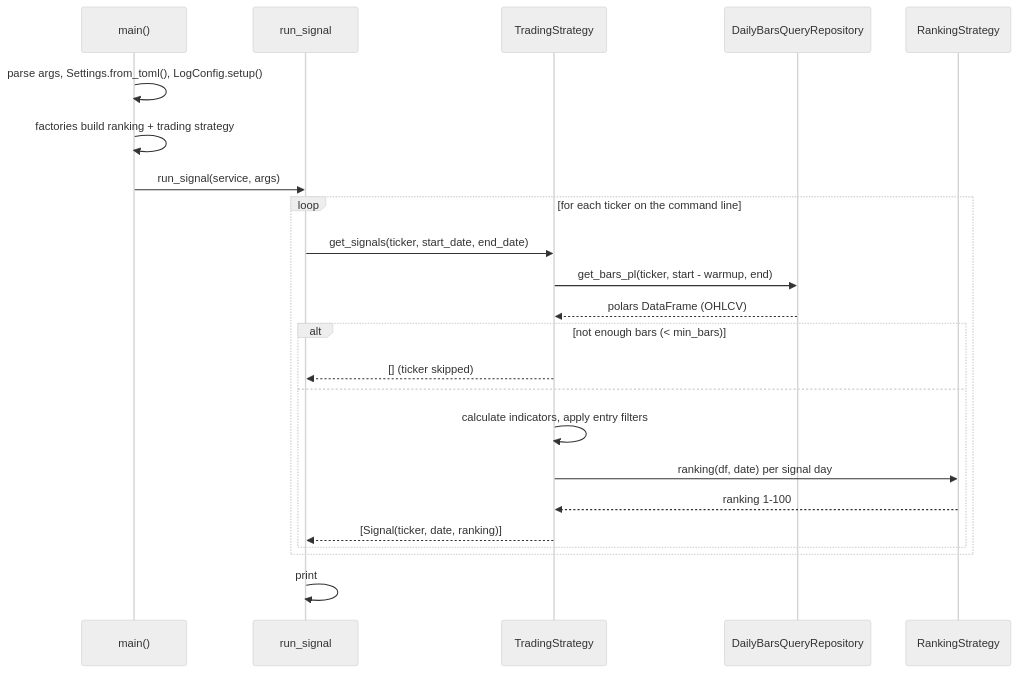
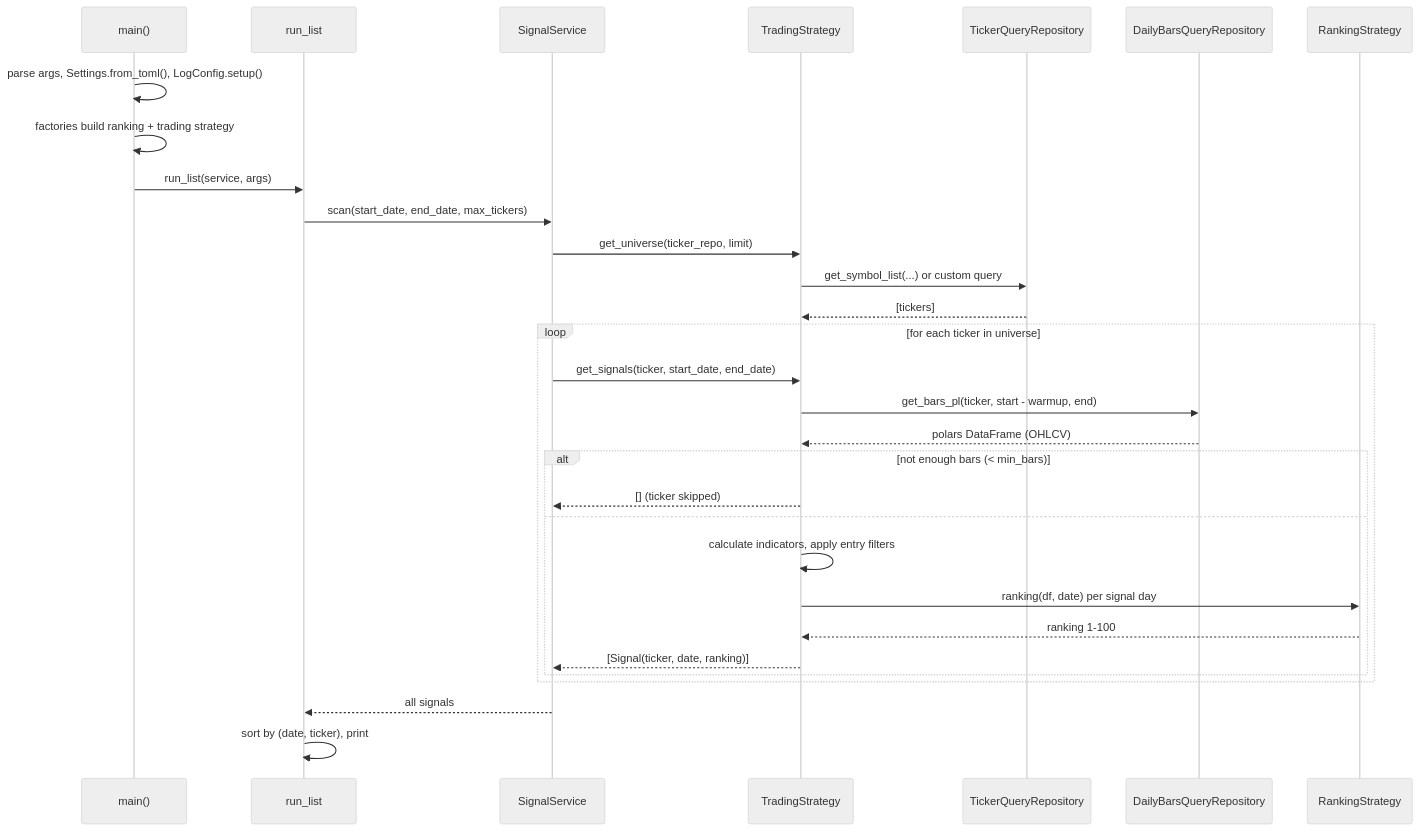
The second of 2 diagrams in docs/signal_runner.md (jaaknt/turtle-backtest), drawn with Mermaid (neutral theme) before and after one commit. The commit also changed other lines of this file and 7 other files, not shown here.

First line of the commit message:
Restore signal-runner's universe-scanning list mode, replacing signal mode

````diff
--- a/docs/signal_runner.md
+++ b/docs/signal_runner.md
@@ -47,26 +45,33 @@
 ```mermaid
 sequenceDiagram
     participant M as main()
-    participant H as run_signal
+    participant H as run_list
+    participant S as SignalService
     participant T as TradingStrategy
+    participant TR as TickerQueryRepository
     participant BR as DailyBarsQueryRepository
     participant R as RankingStrategy
 
     M->>M: parse args, Settings.from_toml(), LogConfig.setup()
     M->>M: factories build ranking + trading strategy
-    M->>H: run_signal(service, args)
-    loop for each ticker on the command line
-        H->>T: get_signals(ticker, start_date, end_date)
+    M->>H: run_list(service, args)
+    H->>S: scan(start_date, end_date, max_tickers)
+    S->>T: get_universe(ticker_repo, limit)
+    T->>TR: get_symbol_list(...) or custom query
+    TR-->>T: [tickers]
+    loop for each ticker in universe
+        S->>T: get_signals(ticker, start_date, end_date)
         T->>BR: get_bars_pl(ticker, start - warmup, end)
         BR-->>T: polars DataFrame (OHLCV)
         alt not enough bars (< min_bars)
-            T-->>H: [] (ticker skipped)
+            T-->>S: [] (ticker skipped)
         else
             T->>T: calculate indicators, apply entry filters
             T->>R: ranking(df, date) per signal day
             R-->>T: ranking 1-100
-            T-->>H: [Signal(ticker, date, ranking)]
+            T-->>S: [Signal(ticker, date, ranking)]
         end
     end
-    H->>H: print
+    S-->>H: all signals
+    H->>H: sort by (date, ticker), print
 ```
````
